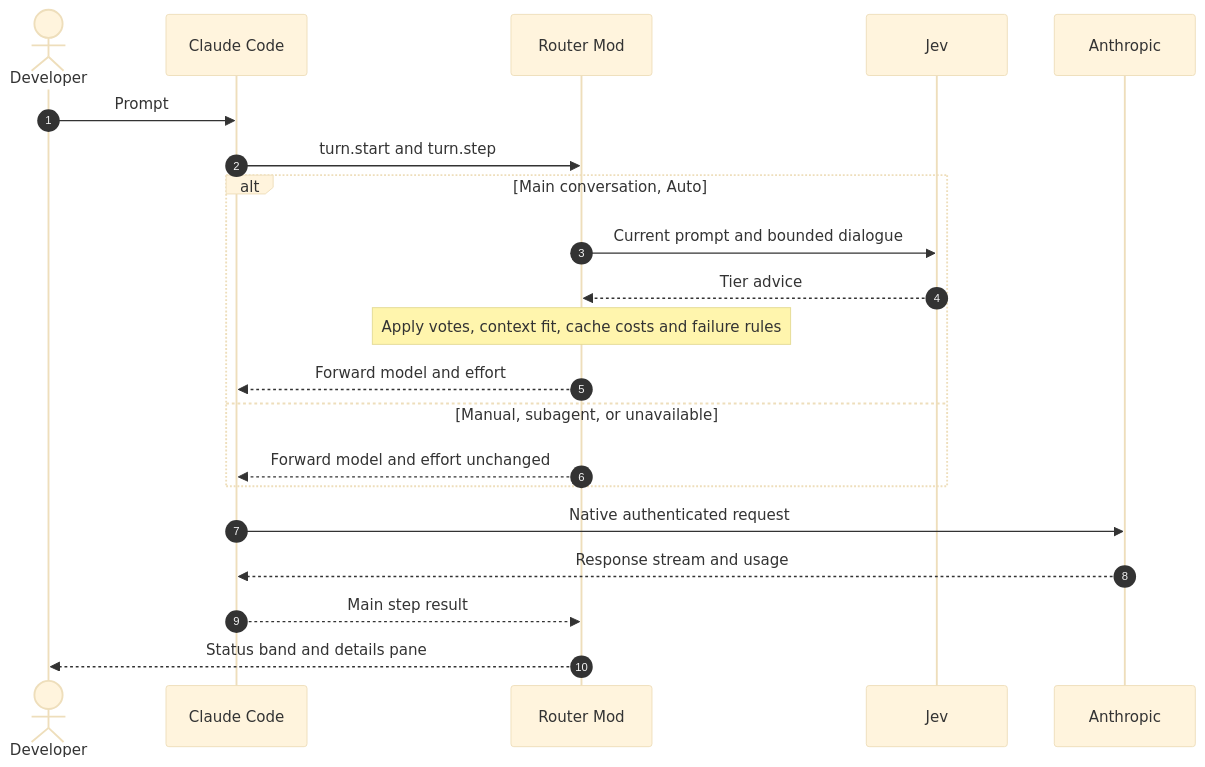
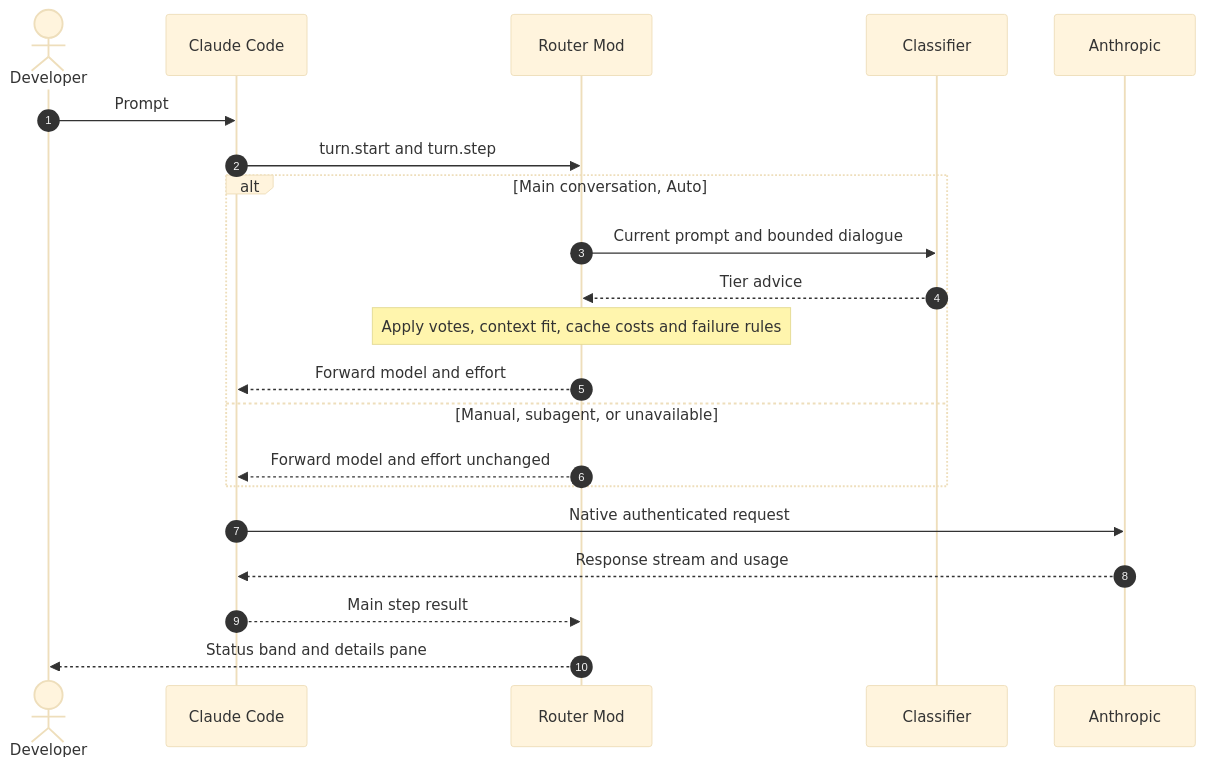
One commit to alexei-led/claude-router changed the diagram in docs/architecture.md. Above: the diagram before and after it, drawn with Mermaid (base theme). The commit also changed other lines of this file and 31 other files, not shown here.

````diff
--- a/docs/architecture.md
+++ b/docs/architecture.md
@@ -7,23 +7,23 @@
 ```mermaid
 sequenceDiagram
     autonumber
     actor Dev as Developer
     participant Code as Claude Code
     participant Mod as Router Mod
-    participant Jev
+    participant Cls as Classifier
     participant API as Anthropic
     Dev->>Code: Prompt
     Code->>Mod: turn.start and turn.step
     alt Main conversation, Auto
-        Mod->>Jev: Current prompt and bounded dialogue
-        Jev-->>Mod: Tier advice
+        Mod->>Cls: Current prompt and bounded dialogue
+        Cls-->>Mod: Tier advice
         Note over Mod: Apply votes, context fit, cache costs and failure rules
         Mod-->>Code: Forward model and effort
     else Manual, subagent, or unavailable
         Mod-->>Code: Forward model and effort unchanged
     end
     Code->>API: Native authenticated request
     API-->>Code: Response stream and usage
     Code-->>Mod: Main step result
     Mod-->>Dev: Status band and details pane
 ```
````
